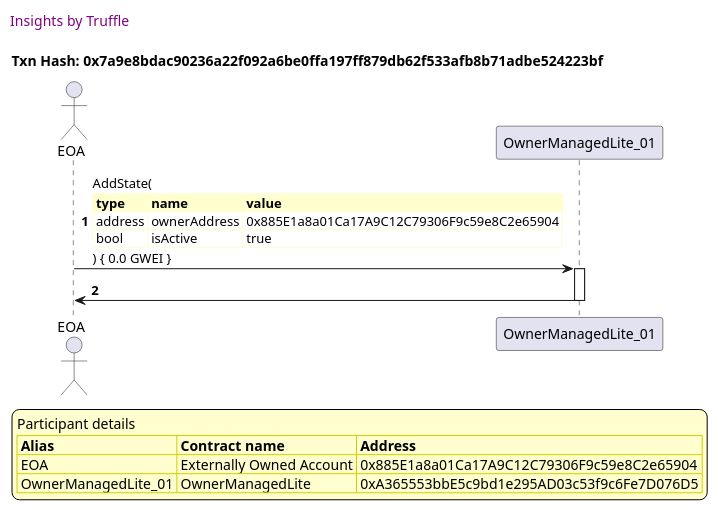
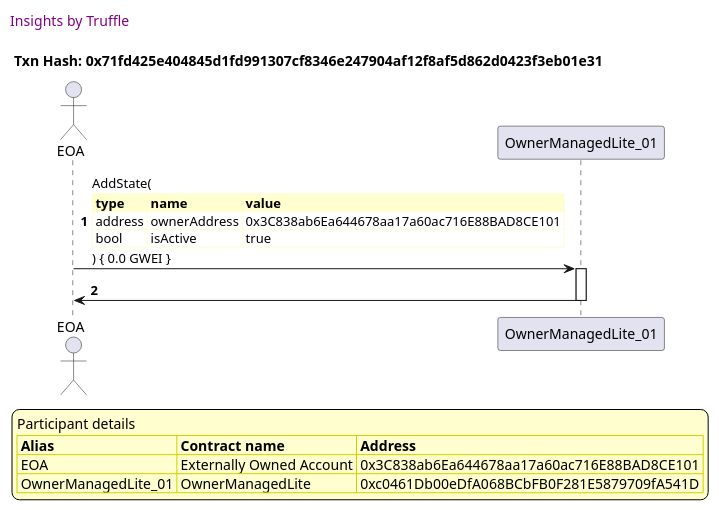
One commit to thedarkjester/ConsensysAssignment changed the eighth of 49 diagrams in truffle-seq/OwnerManagedLite_test_remove_owner.md. Above: the diagram before and after it, drawn with PlantUML. The commit also changed other lines of this file and 13 other files, not shown here.

````diff
--- a/truffle-seq/OwnerManagedLite_test_remove_owner.md
+++ b/truffle-seq/OwnerManagedLite_test_remove_owner.md
@@ -344,41 +344,41 @@
 ```plantuml
 
 
 @startuml
 
 autonumber
 skinparam legendBackgroundColor #FEFECE
 
 <style>
       header {
         HorizontalAlignment left
         FontColor purple
         FontSize 14
         Padding 10
       }
     </style>
 
 header Insights by Truffle
 
-title Txn Hash: 0x7a9e8bdac90236a22f092a6be0ffa197ff879db62f533afb8b71adbe524223bf
+title Txn Hash: 0x71fd425e404845d1fd991307cf8346e247904af12f8af5d862d0423f3eb01e31
 
 
 actor EOA as "EOA"
 participant OwnerManagedLite_01 as "OwnerManagedLite_01"
 
 "EOA" -> "OwnerManagedLite_01" ++: AddState(\n\
 <#FEFECE,#FEFECE>|= type |= name |= value |\n\
-| address | ownerAddress | 0x885E1a8a01Ca17A9C12C79306F9c59e8C2e65904 |\n\
+| address | ownerAddress | 0x3C838ab6Ea644678aa17a60ac716E88BAD8CE101 |\n\
 | bool | isActive | true |\n\
 ) { 0.0 GWEI }
 "OwnerManagedLite_01" -> "EOA" --: 
 
 legend
 Participant details
 <#FEFECE,#D0D000>|= Alias |= Contract name |= Address |
-<#FEFECE>| EOA | Externally Owned Account | 0x885E1a8a01Ca17A9C12C79306F9c59e8C2e65904 |
-<#FEFECE>| OwnerManagedLite_01 | OwnerManagedLite | 0xA365553bbE5c9bd1e295AD03c53f9c6Fe7D076D5 |
+<#FEFECE>| EOA | Externally Owned Account | 0x3C838ab6Ea644678aa17a60ac716E88BAD8CE101 |
+<#FEFECE>| OwnerManagedLite_01 | OwnerManagedLite | 0xc0461Db00eDfA068BCbFB0F281E5879709fA541D |
 endlegend
 
 @enduml
 ```
````
